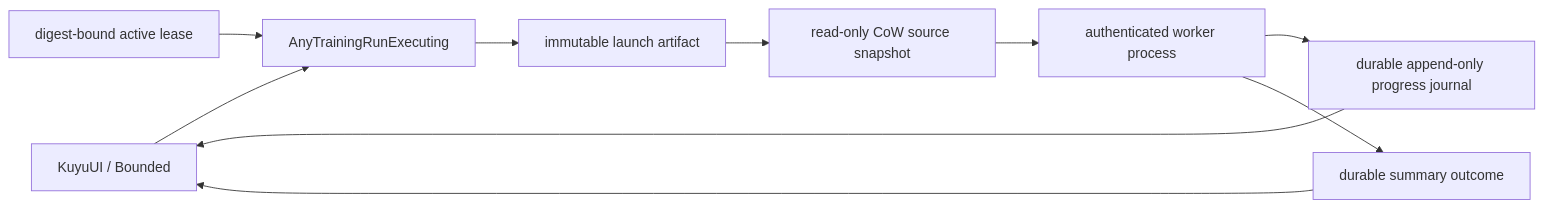
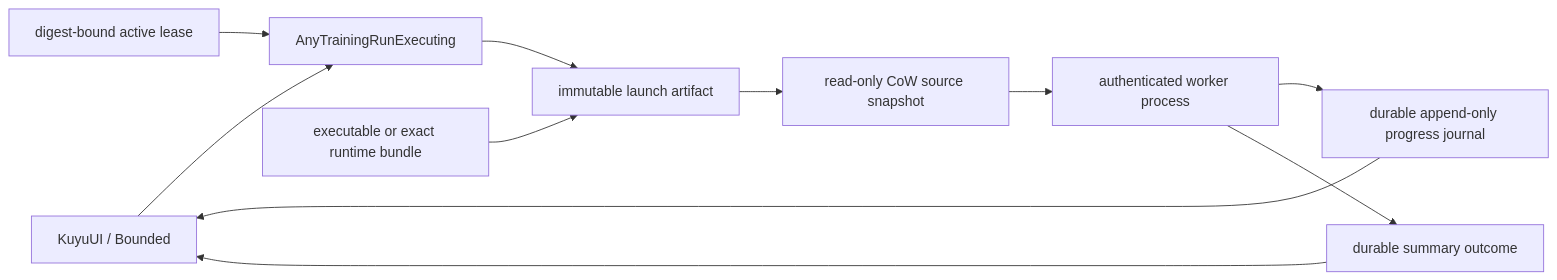
The second of 3 diagrams in README.md (1amageek/kuyu-training), drawn with Mermaid before and after one commit. The commit also changed other lines of this file and 14 other files, not shown here.

Commit message:
Add exact worker executable bundle staging

````diff
--- a/README.md
+++ b/README.md
@@ -100,12 +101,13 @@
 ```mermaid
 flowchart LR
   UI["KuyuUI / Bounded"] --> Executor["AnyTrainingRunExecuting"]
   Executor --> Launch["immutable launch artifact"]
+  Bundle["executable or exact runtime bundle"] --> Launch
   Launch --> Snapshot["read-only CoW source snapshot"]
   Snapshot --> Worker["authenticated worker process"]
   Worker --> Progress["durable append-only progress journal"]
   Worker --> Outcome["durable summary outcome"]
   Registry["digest-bound active lease"] --> Executor
   Progress --> UI
   Outcome --> UI
 ```
````
